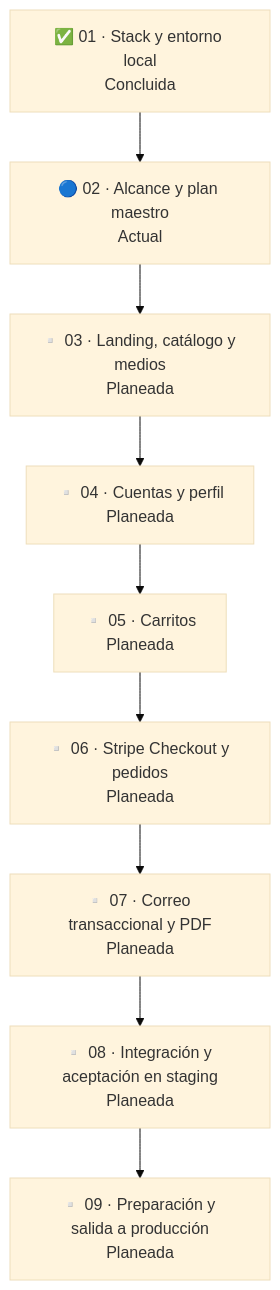
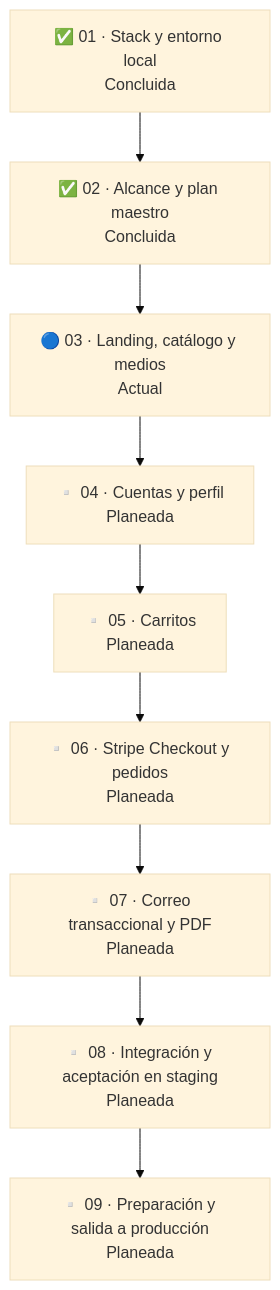
Before and after one commit to sadamlg/sr_del_mictlan_mezcal: the diagram in docs/ROADMAP.md, drawn with Mermaid (base theme). The commit also changed other lines of this file, not shown here.

Commit message:
docs: mark landing phase as active

````diff
--- a/docs/ROADMAP.md
+++ b/docs/ROADMAP.md
@@ -7,11 +7,11 @@
 ```mermaid
 flowchart TB
-    p01["✅ 01 · Stack y entorno local<br/>Concluida"] --> p02["🔵 02 · Alcance y plan maestro<br/>Actual"]
-    p02 --> p03["▫️ 03 · Landing, catálogo y medios<br/>Planeada"]
+    p01["✅ 01 · Stack y entorno local<br/>Concluida"] --> p02["✅ 02 · Alcance y plan maestro<br/>Concluida"]
+    p02 --> p03["🔵 03 · Landing, catálogo y medios<br/>Actual"]
     p03 --> p04["▫️ 04 · Cuentas y perfil<br/>Planeada"]
     p04 --> p05["▫️ 05 · Carritos<br/>Planeada"]
     p05 --> p06["▫️ 06 · Stripe Checkout y pedidos<br/>Planeada"]
     p06 --> p07["▫️ 07 · Correo transaccional y PDF<br/>Planeada"]
     p07 --> p08["▫️ 08 · Integración y aceptación en staging<br/>Planeada"]
     p08 --> p09["▫️ 09 · Preparación y salida a producción<br/>Planeada"]
 ```
````
